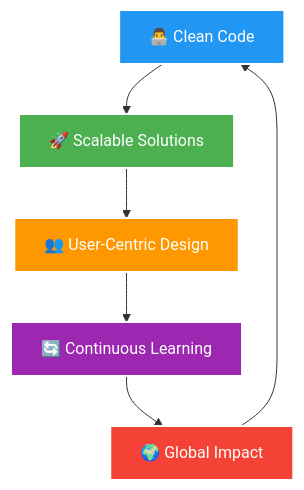
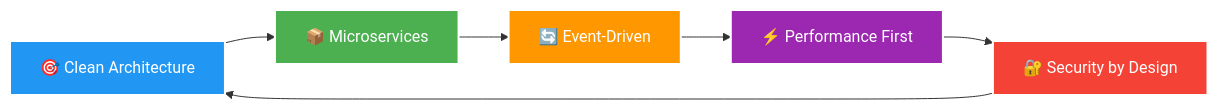
Before and after one commit to ChristianAgyapong/ChristianAgyapong: the second of 3 diagrams in README.md, drawn with Mermaid. The commit also changed other lines of this file, not shown here.

````diff
--- a/README.md
+++ b/README.md
@@ -236,14 +130,14 @@
 ```mermaid
-flowchart TD
-    A[👨‍💻 Clean Code] --> B[🚀 Scalable Solutions]
-    B --> C[👥 User-Centric Design]
-    C --> D[🔄 Continuous Learning]
-    D --> E[🌍 Global Impact]
+graph LR
+    A[🎯 Clean Architecture] --> B[📦 Microservices]
+    B --> C[🔄 Event-Driven]
+    C --> D[⚡ Performance First]
+    D --> E[🔐 Security by Design]
     E --> A
     
     style A fill:#2196F3,stroke:#fff,stroke-width:2px,color:#fff
-    style B fill:#4CAF50,stroke:#fff,stroke-width:2px,color:#fff
+    style B fill:#4CAF50,stroke:#fff,stroke-width:2px,color:#fff  
     style C fill:#FF9800,stroke:#fff,stroke-width:2px,color:#fff
     style D fill:#9C27B0,stroke:#fff,stroke-width:2px,color:#fff
     style E fill:#F44336,stroke:#fff,stroke-width:2px,color:#fff
 ```
````
